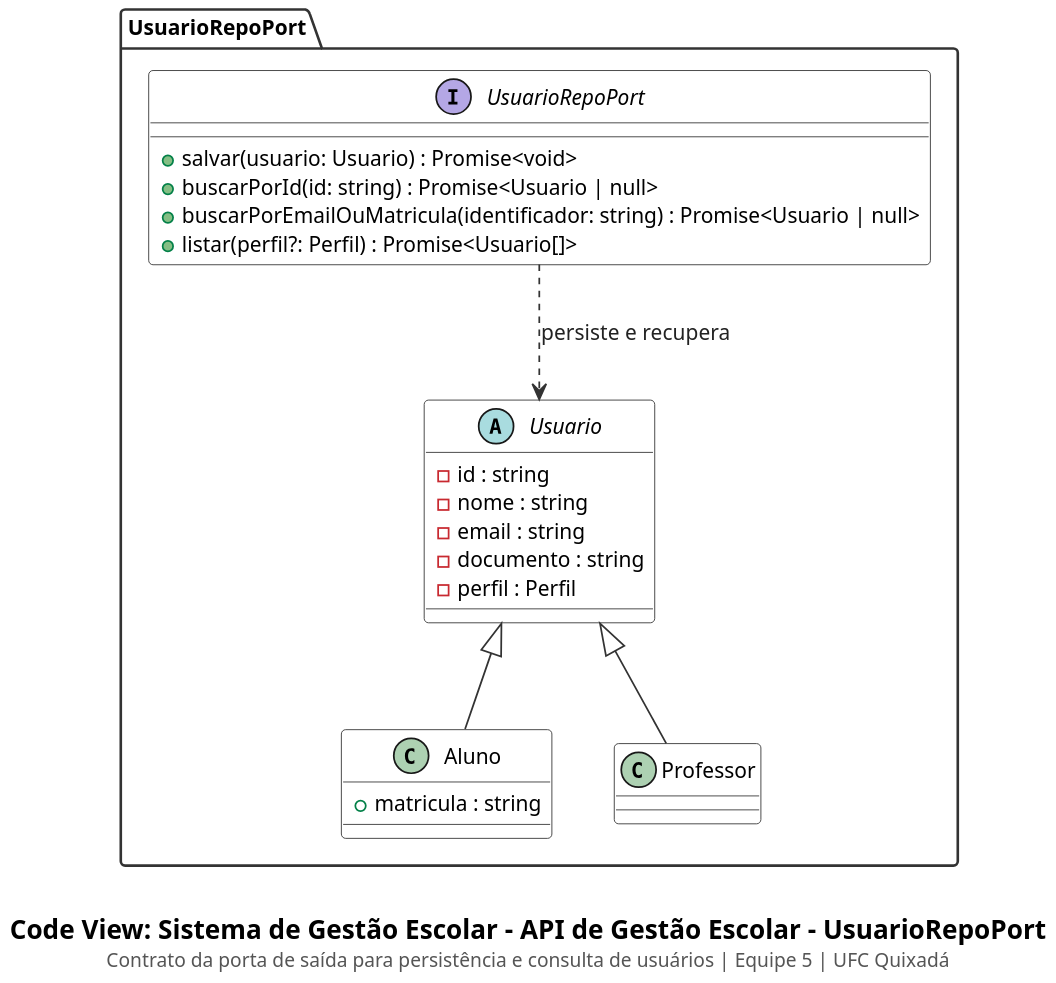
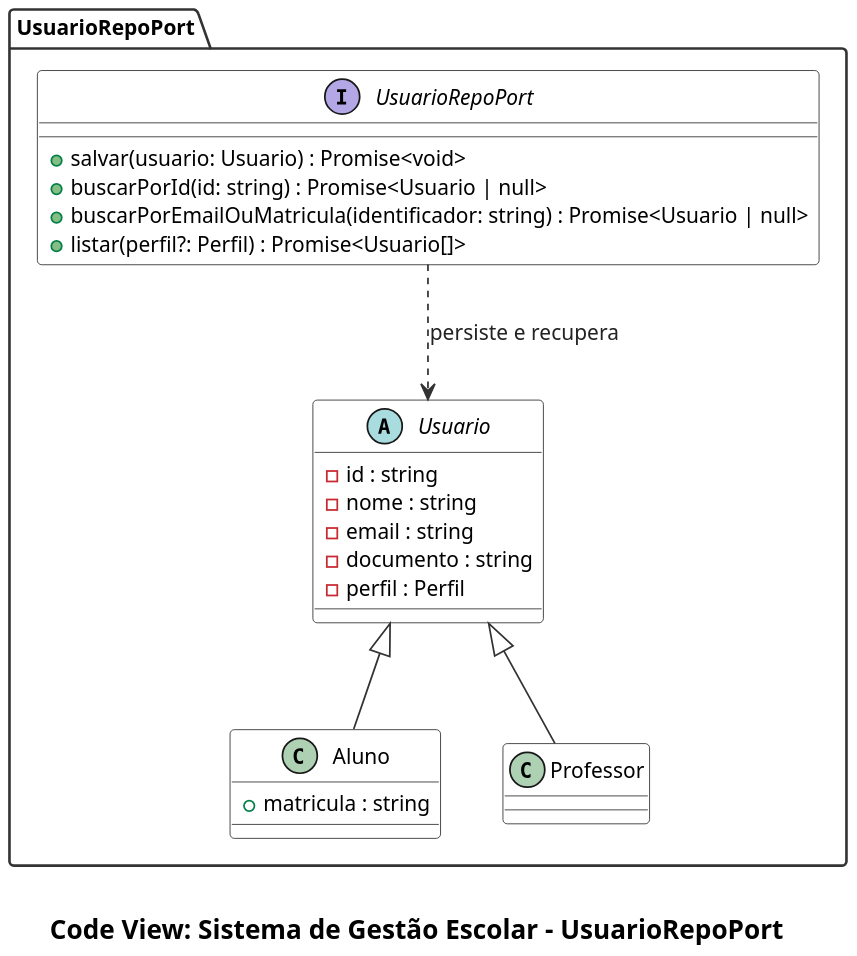
Before and after one commit to cicerocarnauba/sistema-gestao-escolar: the diagram in docs/code/usuario-repo-port.puml, drawn with PlantUML. The commit also changed 16 other files, not shown here.

Commit message:
docs: limpa legendas/timestamp dos diagramas C4 e atualiza README

```diff
--- a/docs/code/usuario-repo-port.puml
+++ b/docs/code/usuario-repo-port.puml
@@ -1,48 +1,48 @@
 @startuml
 set separator none
 top to bottom direction
 skinparam backgroundColor #FFFFFF
 skinparam shadowing false
 skinparam dpi 180
 skinparam defaultFontName "SansSerif"
 skinparam defaultFontSize 12
 skinparam packageStyle folder
 skinparam packageBackgroundColor #FFFFFF
 skinparam packageBorderColor #333333
 skinparam packageFontStyle bold
 skinparam classBackgroundColor #FFFFFF
 skinparam classHeaderBackgroundColor #FFFFFF
 skinparam classBorderColor #333333
 skinparam arrowColor #333333
 skinparam arrowFontColor #222222
 skinparam noteBackgroundColor #FAFAFA
 skinparam noteBorderColor #666666
 
 package "UsuarioRepoPort" as pkg_usuario_repo_port {
     interface UsuarioRepoPort {
         + salvar(usuario: Usuario) : Promise<void>
         + buscarPorId(id: string) : Promise<Usuario | null>
         + buscarPorEmailOuMatricula(identificador: string) : Promise<Usuario | null>
         + listar(perfil?: Perfil) : Promise<Usuario[]>
     }
 
     abstract class Usuario {
         - id : string
         - nome : string
         - email : string
         - documento : string
         - perfil : Perfil
     }
 
     class Aluno extends Usuario {
         + matricula : string
     }
 
     class Professor extends Usuario {
     }
 
     UsuarioRepoPort ..> Usuario : persiste e recupera
 }
 
-caption \n<size:15><b>Code View: Sistema de Gestão Escolar - API de Gestão Escolar - UsuarioRepoPort</b></size>\n<size:11><color:#555555>Contrato da porta de saída para persistência e consulta de usuários | Equipe 5 | UFC Quixadá</color></size>
+caption \n<size:15><b>Code View: Sistema de Gestão Escolar - UsuarioRepoPort</b></size>
 @enduml
```
